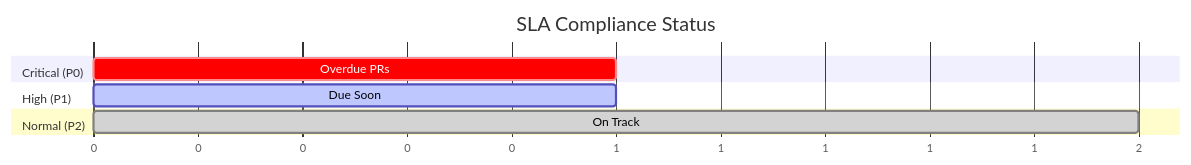
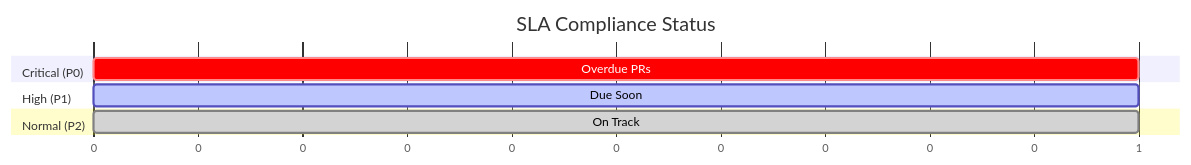
The fourth of 4 diagrams in docs/tracker.md (Nitsur10/invoice-dashboard-deploy), drawn with Mermaid before and after one commit. The commit also changed other lines of this file and 1 other file, not shown here.

````diff
--- a/docs/tracker.md
+++ b/docs/tracker.md
@@ -50,15 +50,15 @@
 ```mermaid
 gantt
     title SLA Compliance Status
     dateFormat X
     axisFormat %s
 
     section Critical (P0)
     Overdue PRs     :crit, 0, 1
 
     section High (P1)
     Due Soon       :active, 0, 1
 
     section Normal (P2)
-    On Track       :done, 0, 2
+    On Track       :done, 0, 1
 ```
````
